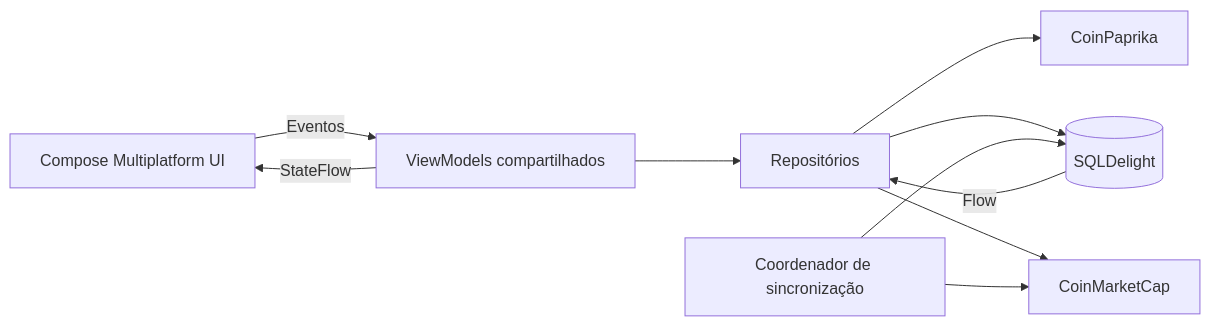
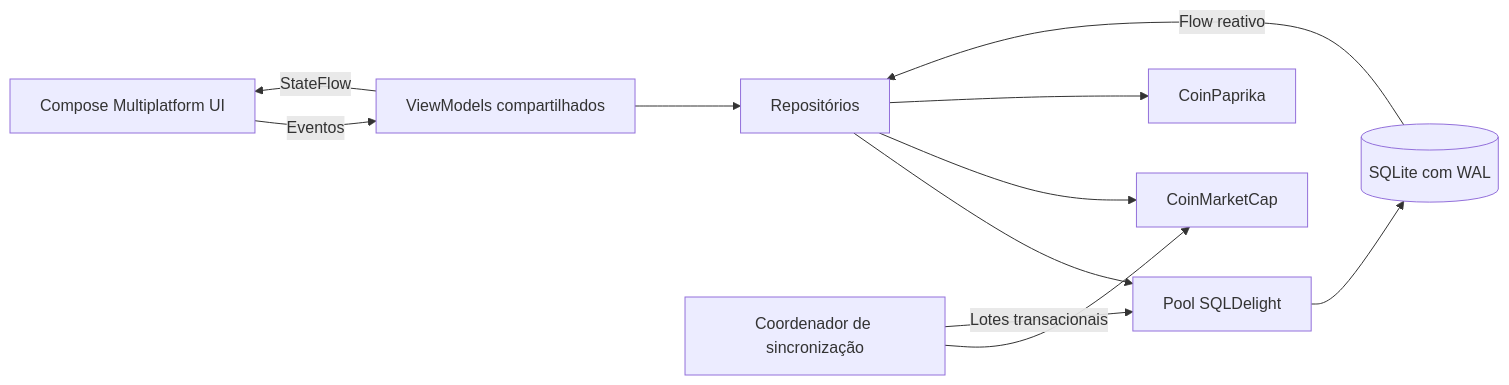
The first of 2 diagrams in README.md (ronaldomafra/CryptoView), drawn with Mermaid before and after one commit. The commit also changed other lines of this file, not shown here.

````diff
--- a/README.md
+++ b/README.md
@@ -51,12 +53,13 @@
 ```mermaid
 flowchart LR
     UI[Compose Multiplatform UI] -->|Eventos| VM[ViewModels compartilhados]
     VM -->|StateFlow| UI
     VM --> REPO[Repositórios]
-    REPO --> DB[(SQLDelight)]
-    DB -->|Flow| REPO
+    REPO --> POOL[Pool SQLDelight]
+    POOL --> DB[(SQLite com WAL)]
+    DB -->|Flow reativo| REPO
     REPO --> CMC[CoinMarketCap]
     REPO --> CP[CoinPaprika]
     SYNC[Coordenador de sincronização] --> CMC
-    SYNC --> DB
+    SYNC -->|Lotes transacionais| POOL
 ```
````
